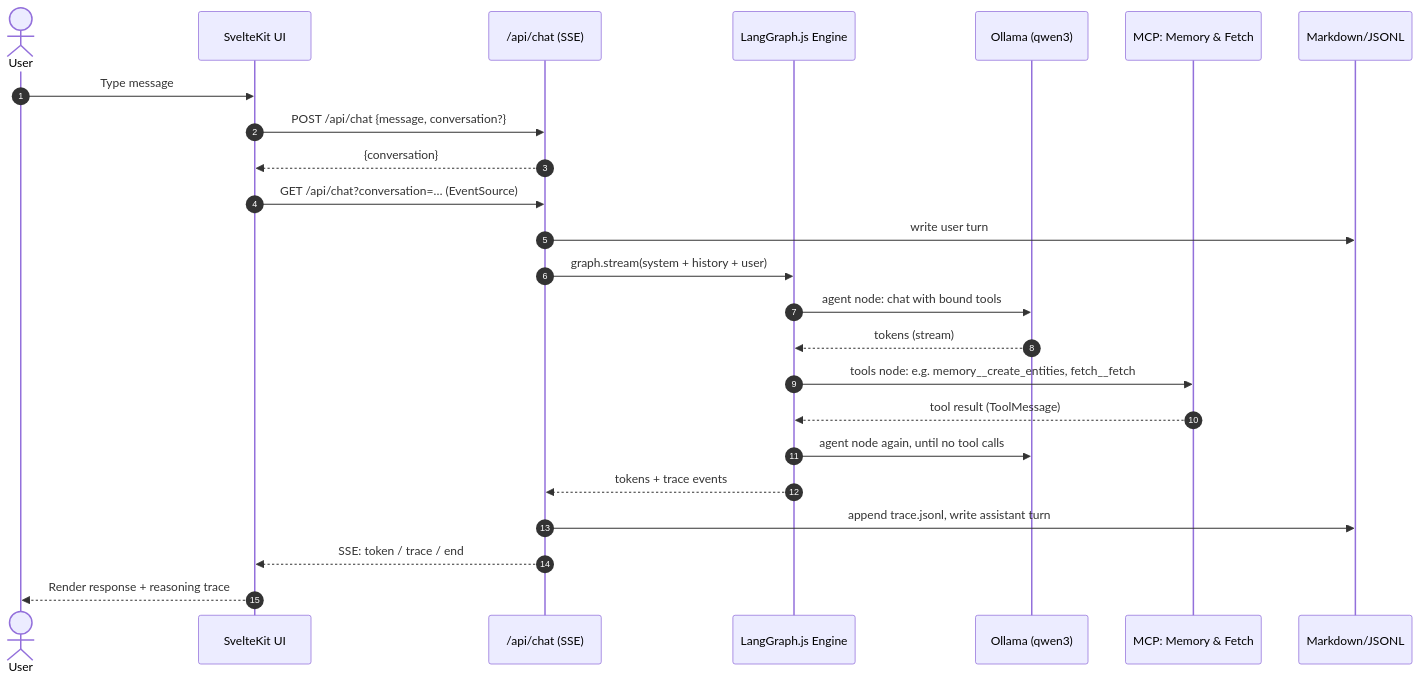
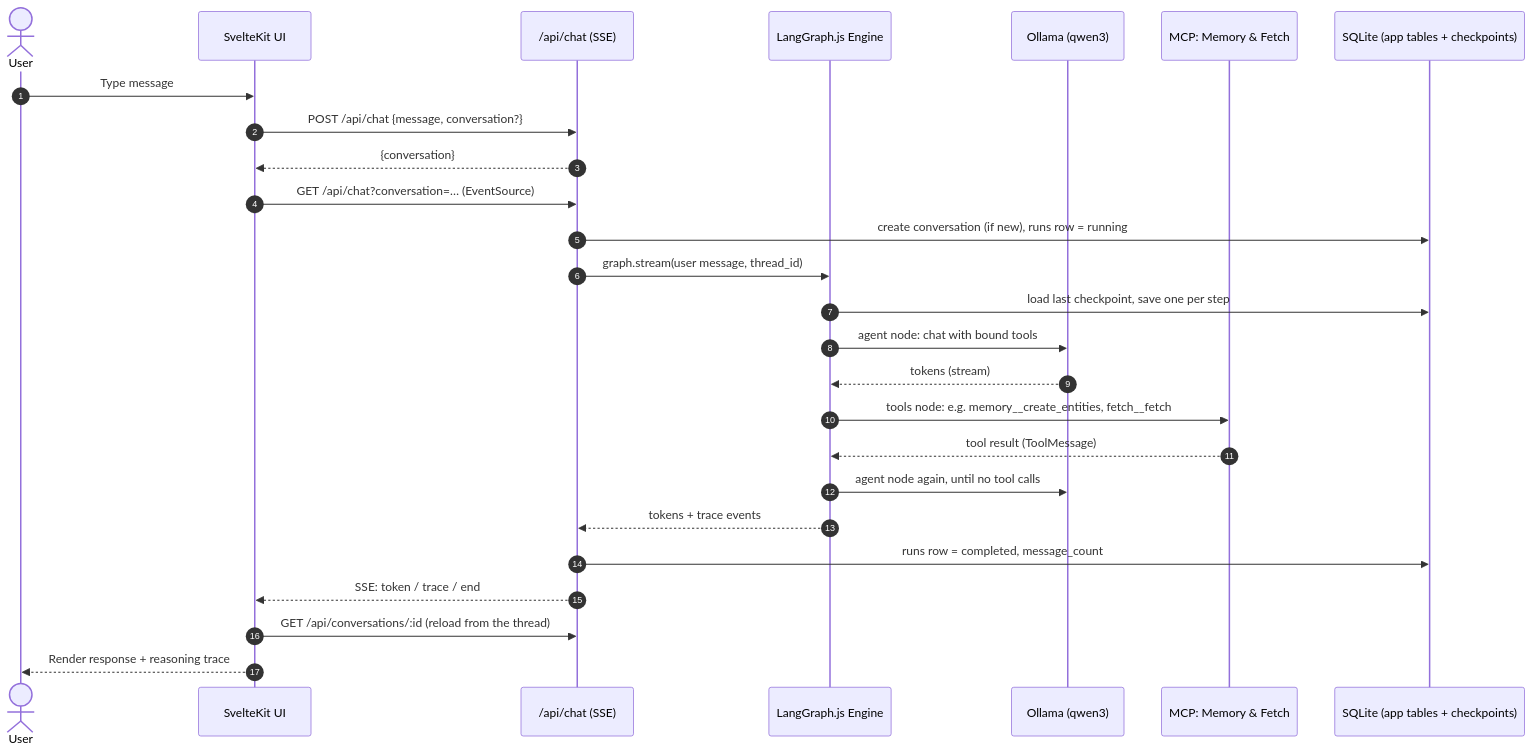
One commit to cognokratos/sophos-agent changed the diagram in docs/architecture/6-core-workflows.md. Above: the diagram before and after it, drawn with Mermaid. The commit also changed other lines of this file and 51 other files, not shown here.

First line of the commit message:
feat(agent)!: durable LangGraph execution with SQLite checkpoints

````diff
--- a/docs/architecture/6-core-workflows.md
+++ b/docs/architecture/6-core-workflows.md
@@ -5,27 +5,29 @@
 ```mermaid
 sequenceDiagram
 autonumber
 actor U as User
 participant FE as SvelteKit UI
 participant API as /api/chat (SSE)
 participant LG as LangGraph.js Engine
 participant LLM as Ollama (qwen3)
 participant MCP as MCP: Memory & Fetch
-participant LOG as Markdown/JSONL
+participant DB as SQLite (app tables + checkpoints)
 
 U->>FE: Type message
 FE->>API: POST /api/chat {message, conversation?}
 API-->>FE: {conversation}
 FE->>API: GET /api/chat?conversation=… (EventSource)
-API->>LOG: write user turn
-API->>LG: graph.stream(system + history + user)
+API->>DB: create conversation (if new), runs row = running
+API->>LG: graph.stream(user message, thread_id)
+LG->>DB: load last checkpoint, save one per step
 LG->>LLM: agent node: chat with bound tools
 LLM-->>LG: tokens (stream)
 LG->>MCP: tools node: e.g. memory__create_entities, fetch__fetch
 MCP-->>LG: tool result (ToolMessage)
 LG->>LLM: agent node again, until no tool calls
 LG-->>API: tokens + trace events
-API->>LOG: append trace.jsonl, write assistant turn
+API->>DB: runs row = completed, message_count
 API-->>FE: SSE: token / trace / end
+FE->>API: GET /api/conversations/:id (reload from the thread)
 FE-->>U: Render response + reasoning trace
 ```
````
